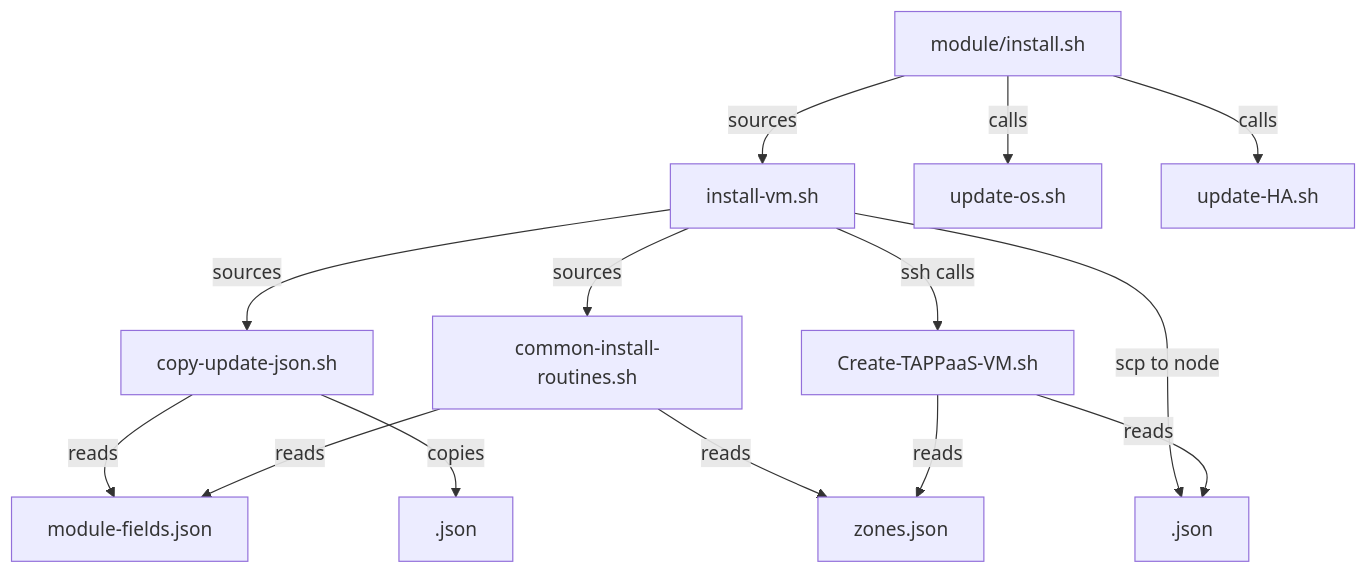
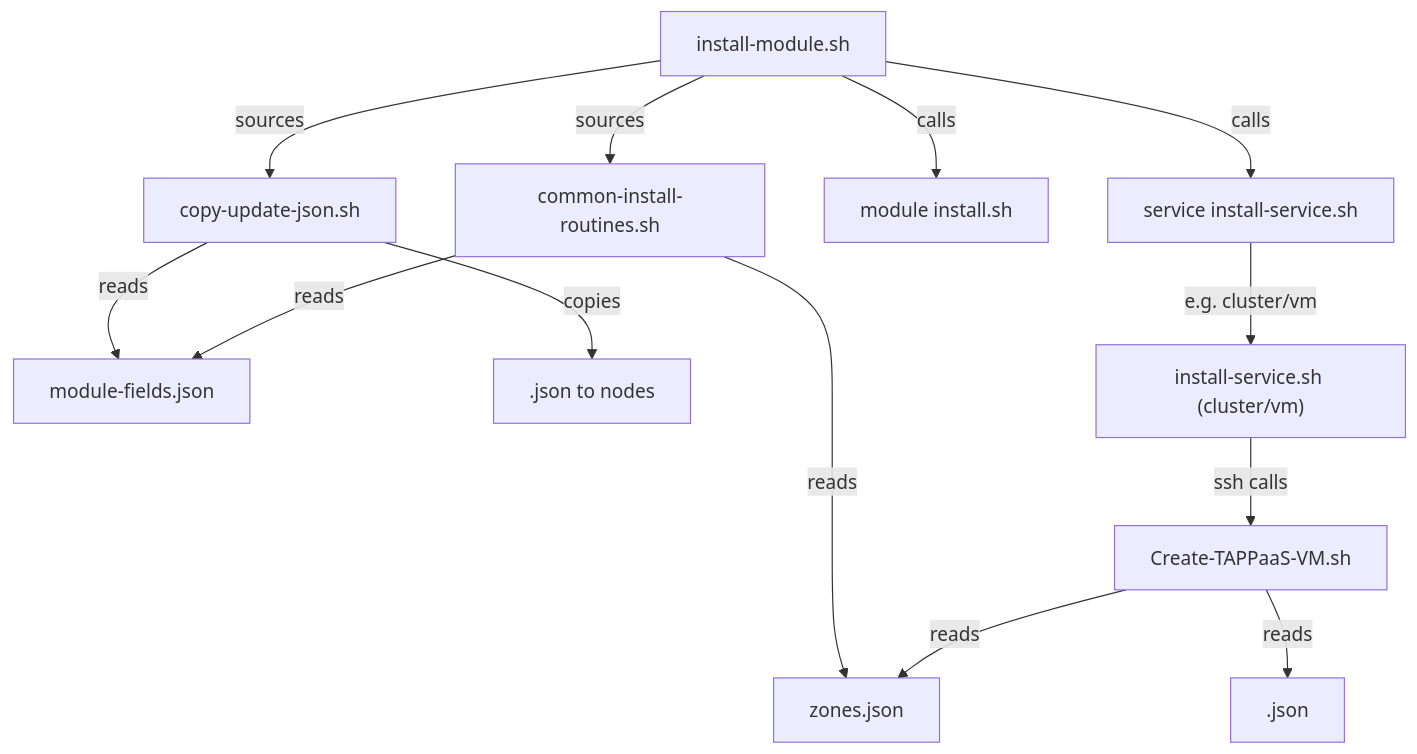
The third of 8 diagrams in src/foundation/DEPENDENCIES.md (TAPPaaS/TAPPaaS), drawn with Mermaid before and after one commit. The commit also changed other lines of this file and 17 other files, not shown here.

````diff
--- a/src/foundation/DEPENDENCIES.md
+++ b/src/foundation/DEPENDENCIES.md
@@ -135,22 +119,19 @@
 ```mermaid
 graph TD
-    A["module/install.sh"] -->|sources| B[install-vm.sh]
+    A[install-module.sh] -->|sources| B[copy-update-json.sh]
+    A -->|sources| C[common-install-routines.sh]
+    A -->|calls| D["module install.sh"]
+    A -->|calls| E["service install-service.sh"]
 
-    B -->|sources| C[copy-update-json.sh]
-    B -->|sources| D[common-install-routines.sh]
+    B -->|reads| F[module-fields.json]
+    B -->|copies| G["<module>.json to nodes"]
 
-    C -->|reads| E[module-fields.json]
-    C -->|copies| F["<module>.json"]
+    C -->|reads| F
+    C -->|reads| H[zones.json]
 
-    D -->|reads| E
-    D -->|reads| G[zones.json]
+    E -->|e.g. cluster/vm| I["install-service.sh (cluster/vm)"]
+    I -->|ssh calls| J[Create-TAPPaaS-VM.sh]
 
-    B -->|scp to node| H["<module>.json"]
-    B -->|ssh calls| I[Create-TAPPaaS-VM.sh]
-
-    I -->|reads| H
-    I -->|reads| G
-
-    A -->|calls| J[update-os.sh]
-    A -->|calls| K[update-HA.sh]
+    J -->|reads| K["<module>.json"]
+    J -->|reads| H
 ```
````
